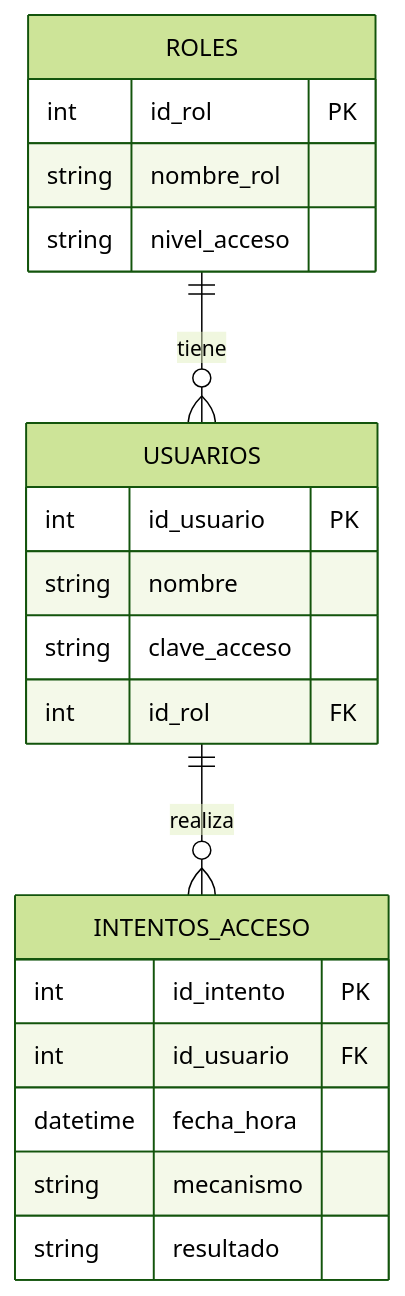
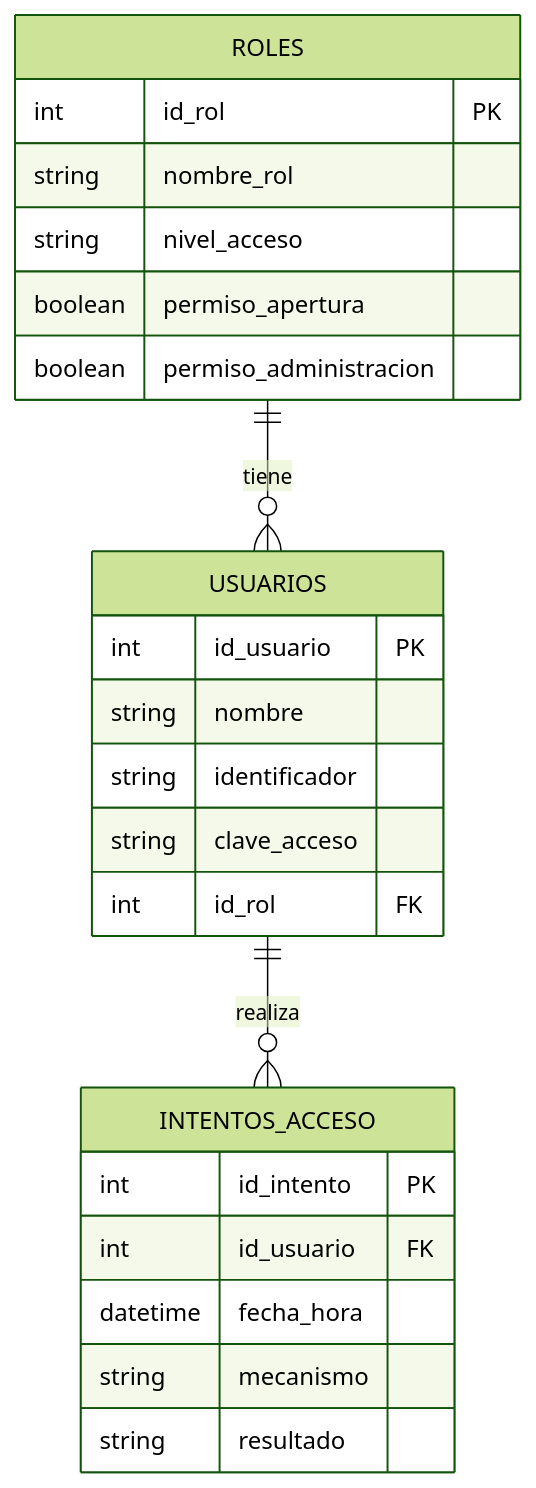
The diagram in documentacion/data.md (Gowrgie/ControlAccesoLocal), drawn with Mermaid (forest theme) before and after one commit.

Commit message:
feat: update to the entity-relationship diagram

````diff
--- a/documentacion/data.md
+++ b/documentacion/data.md
@@ -1,26 +1,29 @@
 ```mermaid
 erDiagram
     ROLES ||--o{ USUARIOS : "tiene"
     USUARIOS ||--o{ INTENTOS_ACCESO : "realiza"
 
     ROLES {
         int id_rol PK
         string nombre_rol
         string nivel_acceso
+        boolean permiso_apertura
+        boolean permiso_administracion
     }
 
     USUARIOS {
         int id_usuario PK
         string nombre
+        string identificador
         string clave_acceso
         int id_rol FK
     }
 
     INTENTOS_ACCESO {
         int id_intento PK
         int id_usuario FK
         datetime fecha_hora
         string mecanismo
         string resultado
     }
 ```
````
